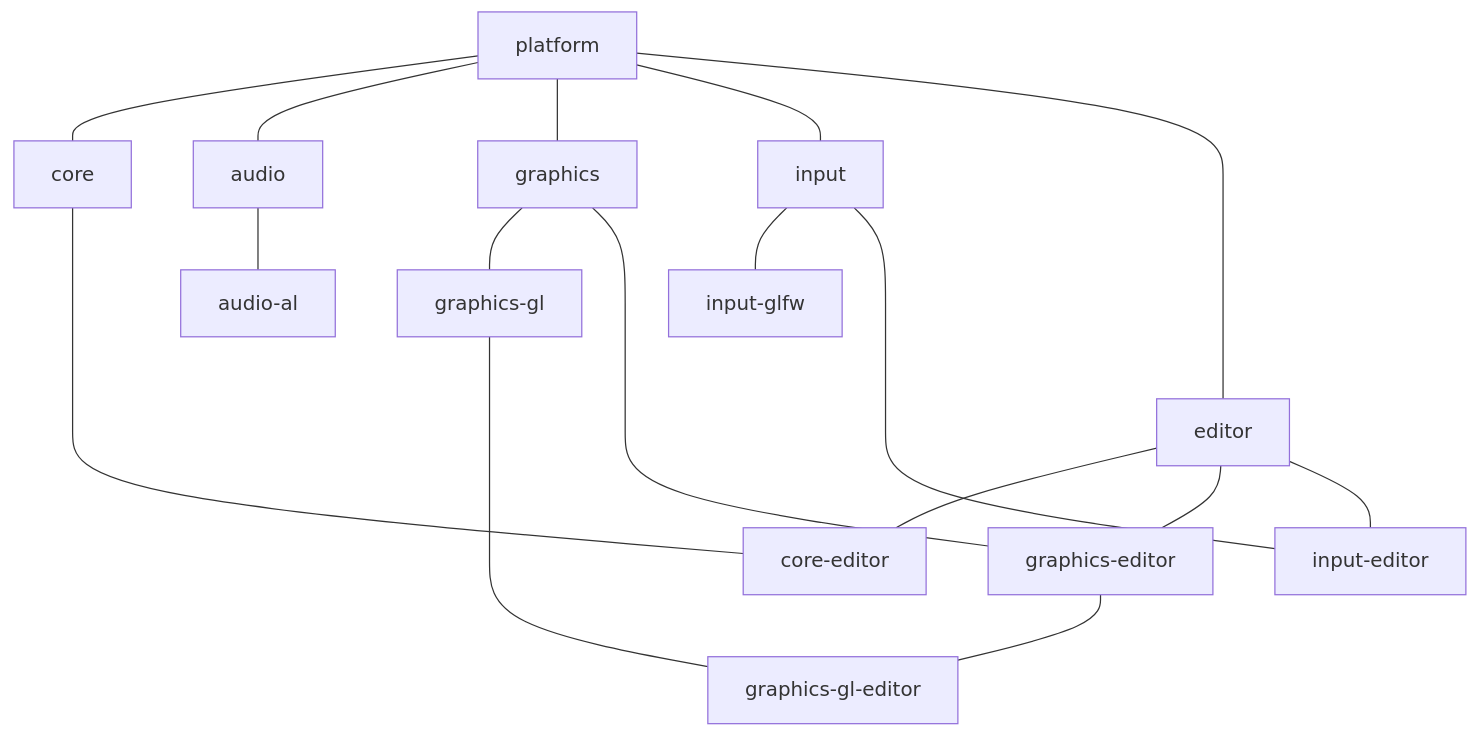
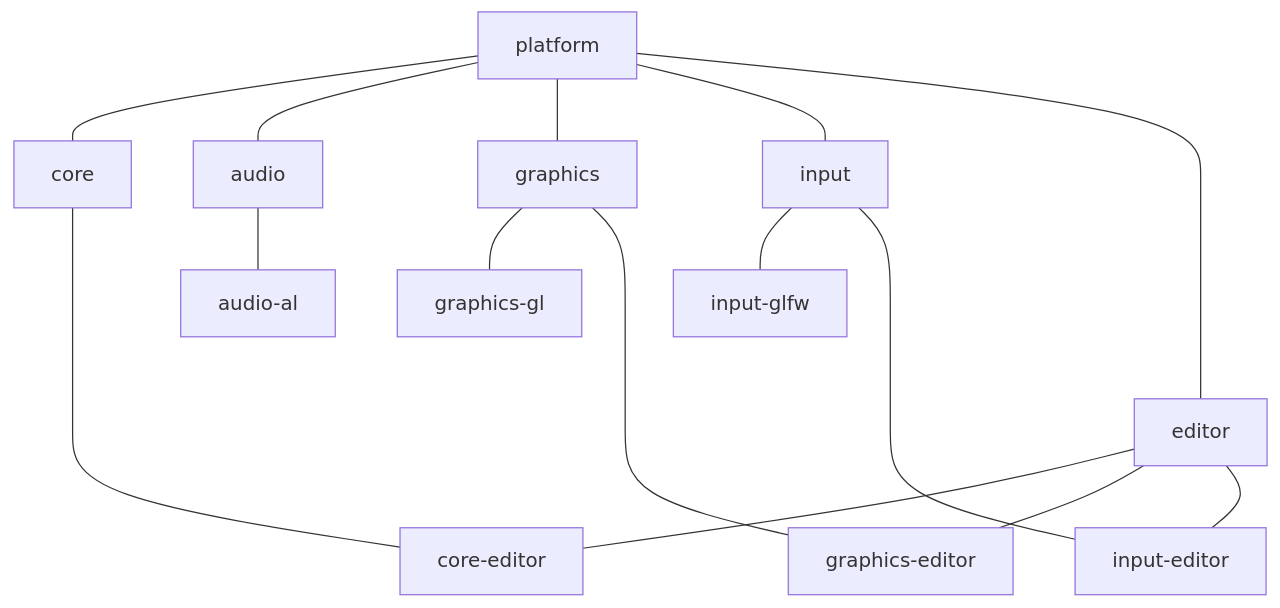
The diagram in README.md (kkorolyov/pancake), drawn with Mermaid before and after one commit. The commit also changed other lines of this file and 22 other files, not shown here.

````diff
--- a/README.md
+++ b/README.md
@@ -24,21 +23,17 @@
 ```mermaid
 flowchart TB
     platform --- core
     platform --- audio
     platform --- graphics
     platform --- input
     audio --- audio-al
     graphics --- graphics-gl
     input --- input-glfw
     platform --- editor
     editor --- core-editor
-%%    editor --- audio-al-editor
     editor --- graphics-editor
     editor --- input-editor
     core ----- core-editor
-%%    audio-al ---- audio-al-editor
-    graphics --- graphics-editor
-    graphics-gl ----- graphics-gl-editor
+    graphics ----- graphics-editor
     input ----- input-editor
-    graphics-editor --- graphics-gl-editor
 ```
````
